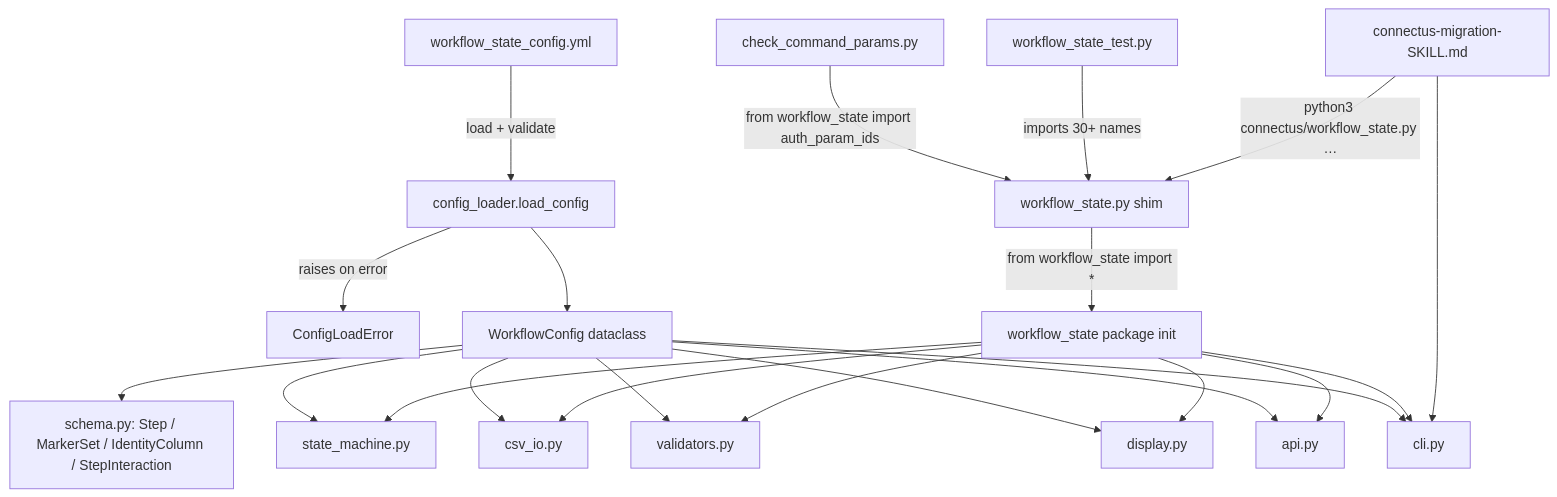
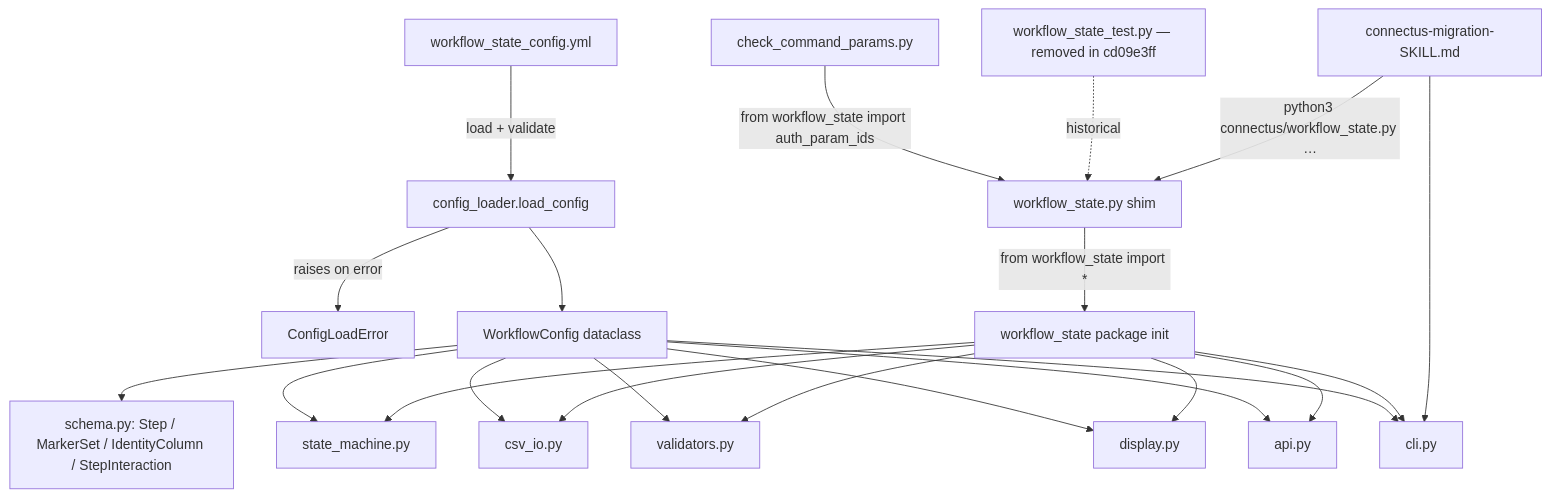
One commit to demisto/content changed the first of 2 diagrams in connectus/workflow_state_DESIGN.md. Above: the diagram before and after it, drawn with Mermaid. The commit also changed other lines of this file and 2 other files, not shown here.

````diff
--- a/connectus/workflow_state_DESIGN.md
+++ b/connectus/workflow_state_DESIGN.md
@@ -786,27 +778,27 @@
 ```mermaid
 flowchart TD
     YAML[workflow_state_config.yml] -->|load + validate| LD[config_loader.load_config]
     LD -->|raises on error| ERR[ConfigLoadError]
     LD --> CFG[WorkflowConfig dataclass]
     CFG --> SCH[schema.py: Step / MarkerSet / IdentityColumn / StepInteraction]
 
     CFG --> SM[state_machine.py]
     CFG --> IO[csv_io.py]
     CFG --> VAL[validators.py]
     CFG --> DSP[display.py]
     CFG --> API[api.py]
     CFG --> CLI[cli.py]
 
     SHIM[workflow_state.py shim] -->|from workflow_state import *| PKG[workflow_state package init]
     PKG --> SM
     PKG --> IO
     PKG --> VAL
     PKG --> DSP
     PKG --> API
     PKG --> CLI
 
     EXT1[check_command_params.py] -->|from workflow_state import auth_param_ids| SHIM
-    EXT2[workflow_state_test.py] -->|imports 30+ names| SHIM
+    EXT2[workflow_state_test.py — removed in cd09e3ff] -.->|historical| SHIM
     EXT3[connectus-migration-SKILL.md] -->|python3 connectus/workflow_state.py …| SHIM
     EXT3 --> CLI
 ```
````
